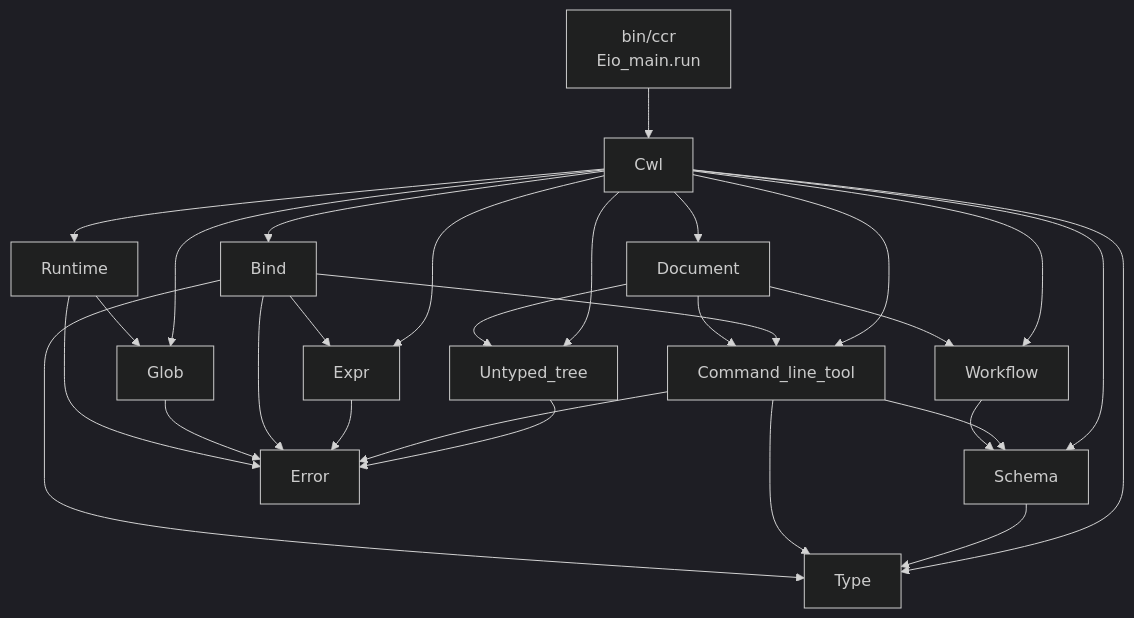
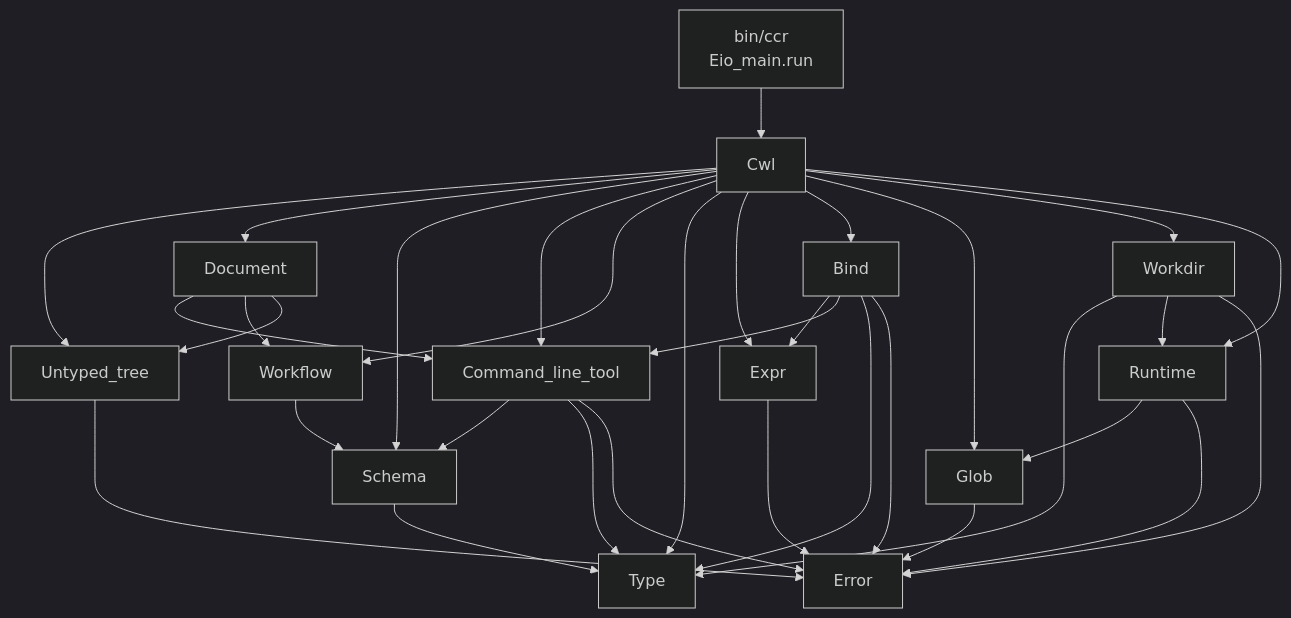
The first of 2 diagrams in design_docs/runner.md (vjaganat90/caml-cwl-runner), drawn with Mermaid (dark theme) before and after one commit. The commit also changed other lines of this file and 7 other files, not shown here.

````diff
--- a/design_docs/runner.md
+++ b/design_docs/runner.md
@@ -58,31 +58,35 @@
 ```mermaid
 flowchart TB
   CLI["bin/ccr\nEio_main.run"] --> Facade["Cwl"]
   Facade --> Untyped_tree
   Facade --> Document
   Facade --> Schema
   Facade --> Command_line_tool
   Facade --> Workflow
   Facade --> Type
   Facade --> Expr
   Facade --> Bind
   Facade --> Glob
+  Facade --> Workdir
   Facade --> Runtime
   Schema --> Type
   Command_line_tool --> Schema
   Workflow --> Schema
   Command_line_tool --> Type
   Bind --> Expr
   Bind --> Command_line_tool
   Bind --> Type
   Document --> Command_line_tool
   Document --> Workflow
+  Workdir --> Type
+  Workdir --> Runtime
   Runtime --> Glob
   Untyped_tree --> Error
   Command_line_tool --> Error
   Document --> Untyped_tree
   Expr --> Error
   Bind --> Error
   Glob --> Error
+  Workdir --> Error
   Runtime --> Error
 ```
````
